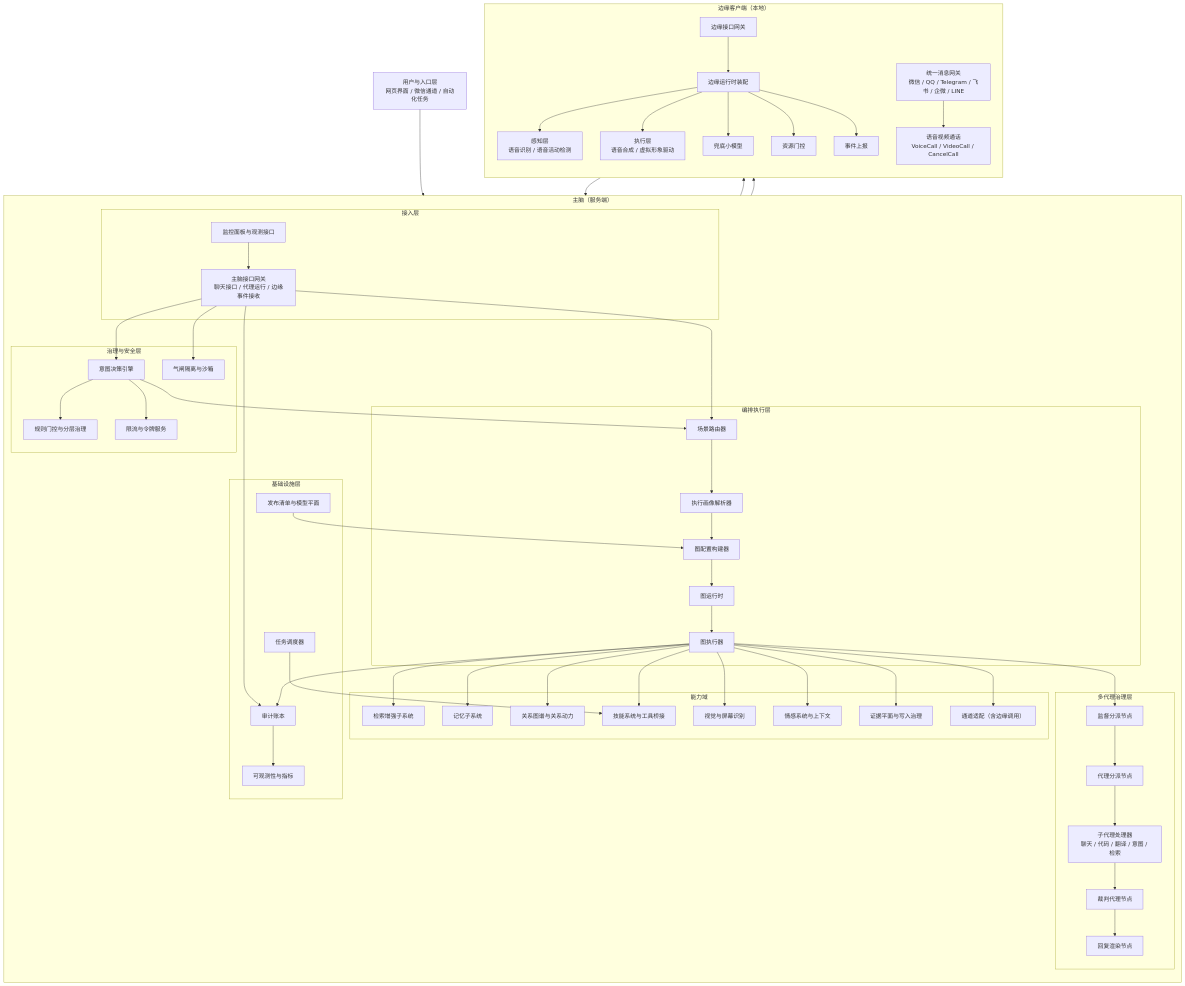
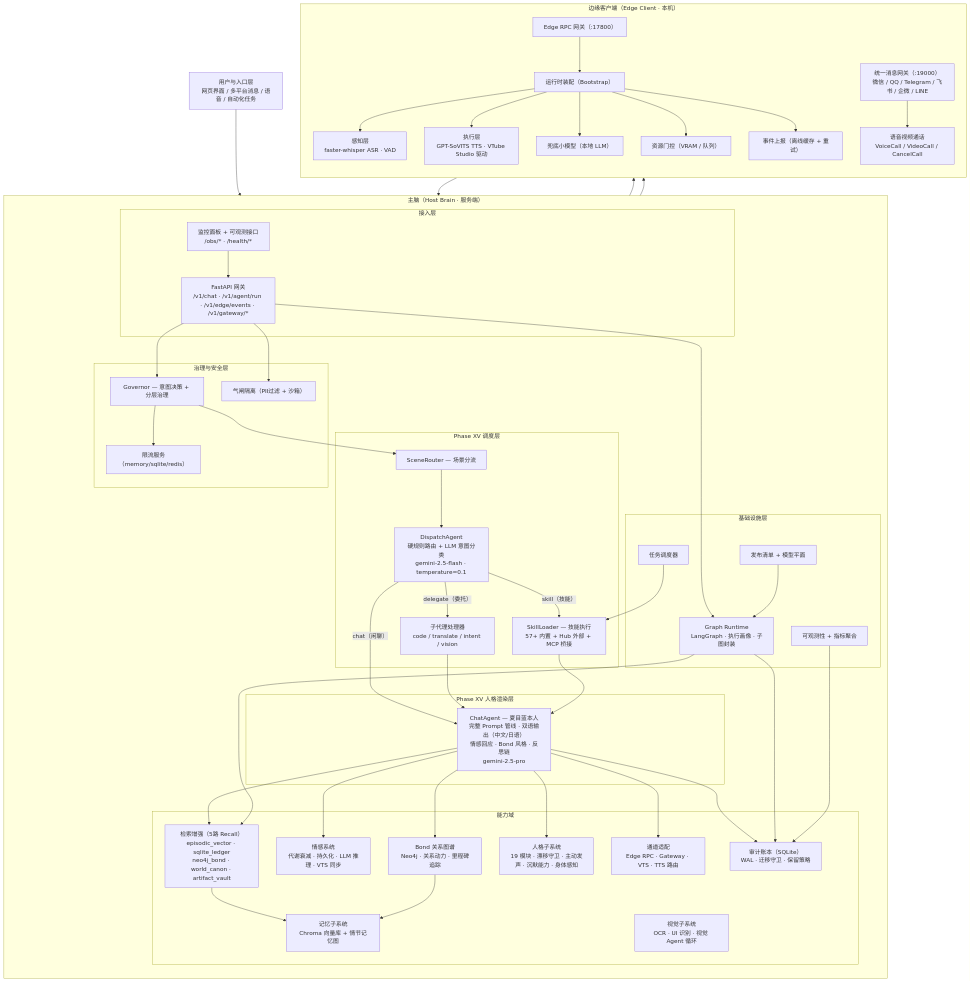
Before and after one commit to SakuraYoruno/Natsume_Ai: the diagram in README.md, drawn with Mermaid. The commit also changed other lines of this file and 28 other files, not shown here.

````diff
--- a/README.md
+++ b/README.md
@@ -64,97 +46,89 @@
 ```mermaid
 graph TB
-    USER["用户与入口层<br/>网页界面 / 微信通道 / 自动化任务"]
+    USER["用户与入口层<br/>网页界面 / 多平台消息 / 语音 / 自动化任务"]
 
-    subgraph HOST["主脑（服务端）"]
+    subgraph HOST["主脑（Host Brain · 服务端）"]
         direction TB
 
         subgraph HENTRY["接入层"]
-            HAPI["主脑接口网关<br/>聊天接口 / 代理运行 / 边缘事件接收"]
-            PANEL["监控面板与观测接口"]
+            HAPI["FastAPI 网关<br/>/v1/chat · /v1/agent/run · /v1/edge/events · /v1/gateway/*"]
+            PANEL["监控面板 + 可观测接口<br/>/obs/* · /health/*"]
         end
 
         subgraph HGOV["治理与安全层"]
-            GOV["意图决策引擎"]
-            RULE["规则门控与分层治理"]
-            TOKEN["限流与令牌服务"]
-            AIR["气闸隔离与沙箱"]
+            GOV["Governor — 意图决策 + 分层治理"]
+            TOKEN["限流服务（memory/sqlite/redis）"]
+            AIR["气闸隔离（PII过滤 + 沙箱）"]
         end
 
-        subgraph HORCH["编排执行层"]
-            ROUTE["场景路由器"]
-            PROFILE["执行画像解析器"]
-            GCFG["图配置构建器"]
-            GRUN["图运行时"]
-            GEXEC["图执行器"]
+        subgraph HDISPATCH["Phase XV 调度层"]
+            ROUTE["SceneRouter — 场景分流"]
+            DAGENT["DispatchAgent<br/>硬规则路由 + LLM 意图分类<br/>gemini-2.5-flash · temperature=0.1"]
+            SUBAGENTS["子代理处理器<br/>code / translate / intent / vision"]
+            SKILLEXEC["SkillLoader — 技能执行<br/>57+ 内置 + Hub 外部 + MCP 桥接"]
         end
 
-        subgraph HAGENT["多代理治理层"]
-            SUP["监督分派节点"]
-            DISPATCH["代理分派节点"]
-            AGENTS["子代理处理器<br/>聊天 / 代码 / 翻译 / 意图 / 检索"]
-            JUDGE["裁判代理节点"]
-            RENDER["回复渲染节点"]
+        subgraph HCHAT["Phase XV 人格渲染层"]
+            CHATAGENT["ChatAgent — 夏目蓝本人<br/>完整 Prompt 管线 · 双语输出（中文/日语）<br/>情感回应 · Bond 风格 · 反思链<br/>gemini-2.5-pro"]
         end
 
         subgraph HCAP["能力域"]
-            RETR["检索增强子系统"]
-            MEM["记忆子系统"]
-            BOND["关系图谱与关系动力"]
-            SKILL["技能系统与工具桥接"]
-            VISION["视觉与屏幕识别"]
-            EMO["情感系统与上下文"]
-            EVID["证据平面与写入治理"]
-            CHAN["通道适配（含边缘调用）"]
+            RETR["检索增强（5路 Recall）<br/>episodic_vector · sqlite_ledger<br/>neo4j_bond · world_canon · artifact_vault"]
+            MEM["记忆子系统<br/>Chroma 向量库 + 情节记忆图"]
+            BOND["Bond 关系图谱<br/>Neo4j · 关系动力 · 里程碑追踪"]
+            EMO["情感系统<br/>代谢衰减 · 持久化 · LLM 推理 · VTS 同步"]
+            PERSONA["人格子系统<br/>19 模块 · 漂移守卫 · 主动发声 · 沉默能力 · 身体感知"]
+            VISION["视觉子系统<br/>OCR · UI 识别 · 视觉 Agent 循环"]
+            AUDIT["审计账本（SQLite）<br/>WAL · 迁移守卫 · 保留策略"]
+            CHAN["通道适配<br/>Edge RPC · Gateway · VTS · TTS 路由"]
         end
 
         subgraph HINFRA["基础设施层"]
-            AUDIT["审计账本"]
-            OBS["可观测性与指标"]
+            OBS["可观测性 + 指标聚合"]
             SCHED["任务调度器"]
-            RELEASE["发布清单与模型平面"]
+            RELEASE["发布清单 + 模型平面"]
+            GRAPH["Graph Runtime<br/>LangGraph · 执行画像 · 子图封装"]
         end
     end
 
-    subgraph EDGE["边缘客户端（本地）"]
+    subgraph EDGE["边缘客户端（Edge Client · 本机）"]
         direction TB
-        EAPI["边缘接口网关"]
-        ERUN["边缘运行时装配"]
-        ESENSE["感知层<br/>语音识别 / 语音活动检测"]
-        EACT["执行层<br/>语音合成 / 虚拟形象驱动"]
-        EFALL["兜底小模型"]
-        EGATE["资源门控"]
-        EREPORT["事件上报"]
-        EGWAY["统一消息网关<br/>微信 / QQ / Telegram / 飞书 / 企微 / LINE"]
+        EAPI["Edge RPC 网关（:17800）"]
+        ERUN["运行时装配（Bootstrap）"]
+        ESENSE["感知层<br/>faster-whisper ASR · VAD"]
+        EACT["执行层<br/>GPT-SoVITS TTS · VTube Studio 驱动"]
+        EFALL["兜底小模型（本地 LLM）"]
+        EGATE["资源门控（VRAM / 队列）"]
+        EREPORT["事件上报（离线缓存 + 重试）"]
+        EGWAY["统一消息网关（:19000）<br/>微信 / QQ / Telegram / 飞书 / 企微 / LINE"]
         ECALL["语音视频通话<br/>VoiceCall / VideoCall / CancelCall"]
     end
 
     USER --> HAPI
     PANEL --> HAPI
-    HAPI --> GOV
+    HAPI --> GOV --> TOKEN
     HAPI --> AIR
-    HAPI --> ROUTE
-    GOV --> RULE
-    GOV --> TOKEN
     GOV --> ROUTE
-    ROUTE --> PROFILE --> GCFG --> GRUN --> GEXEC
-    GEXEC --> SUP --> DISPATCH --> AGENTS --> JUDGE --> RENDER
-    GEXEC --> RETR
-    GEXEC --> MEM
-    GEXEC --> BOND
-    GEXEC --> SKILL
-    GEXEC --> VISION
-    GEXEC --> EMO
-    GEXEC --> EVID
-    GEXEC --> CHAN
-    HAPI --> AUDIT
-    GEXEC --> AUDIT
-    AUDIT --> OBS
-    SCHED --> SKILL
-    RELEASE --> GCFG
+    ROUTE --> DAGENT
+    DAGENT -->|"chat（闲聊）"| CHATAGENT
+    DAGENT -->|"delegate（委托）"| SUBAGENTS --> CHATAGENT
+    DAGENT -->|"skill（技能）"| SKILLEXEC --> CHATAGENT
+    CHATAGENT --> RETR
+    CHATAGENT --> EMO
+    CHATAGENT --> BOND
+    CHATAGENT --> PERSONA
+    CHATAGENT --> CHAN
+    CHATAGENT --> AUDIT
+    RETR --> MEM
+    BOND --> MEM
+    HAPI --> GRAPH --> RETR
+    GRAPH --> AUDIT
+    SCHED --> SKILLEXEC
+    RELEASE --> GRAPH
+    OBS --> AUDIT
     CHAN --> EAPI
     CHAN --> EGWAY
-    EAPI --> ERUN
-    ERUN --> ESENSE
+    EAPI --> ERUN --> ESENSE
     ERUN --> EACT
     ERUN --> EFALL
     ERUN --> EGATE
````
